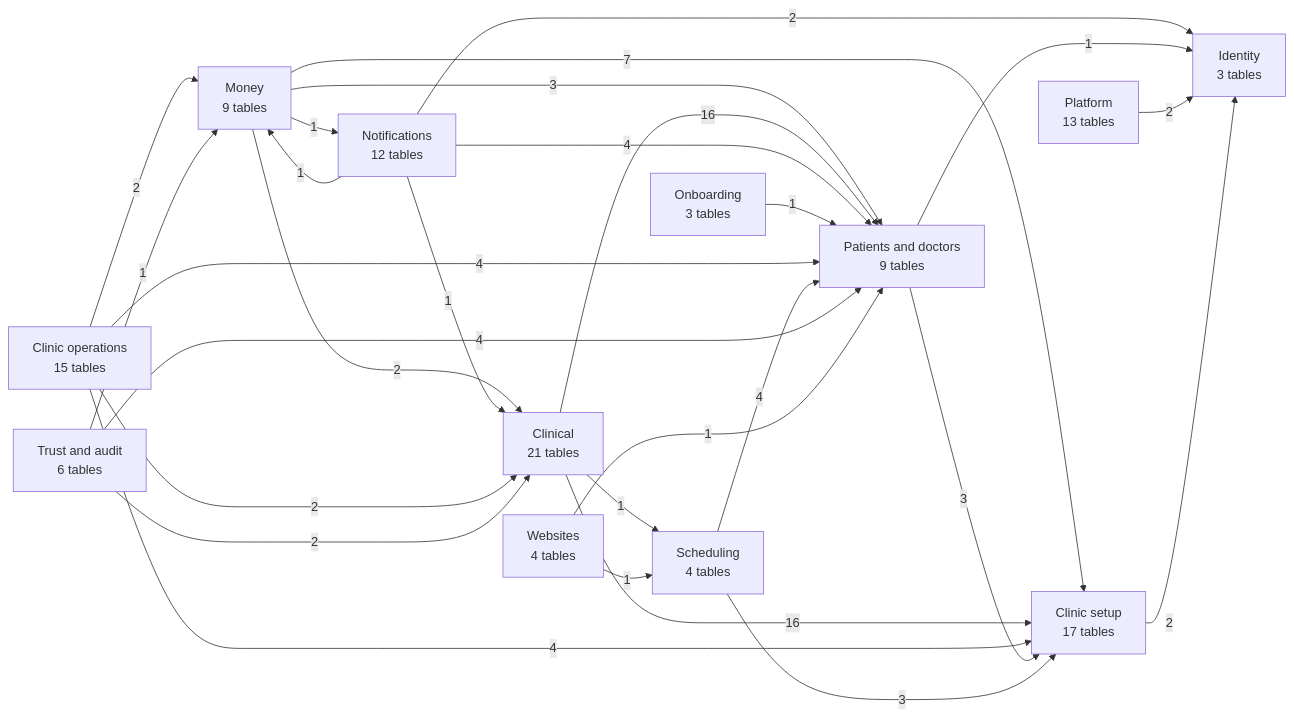
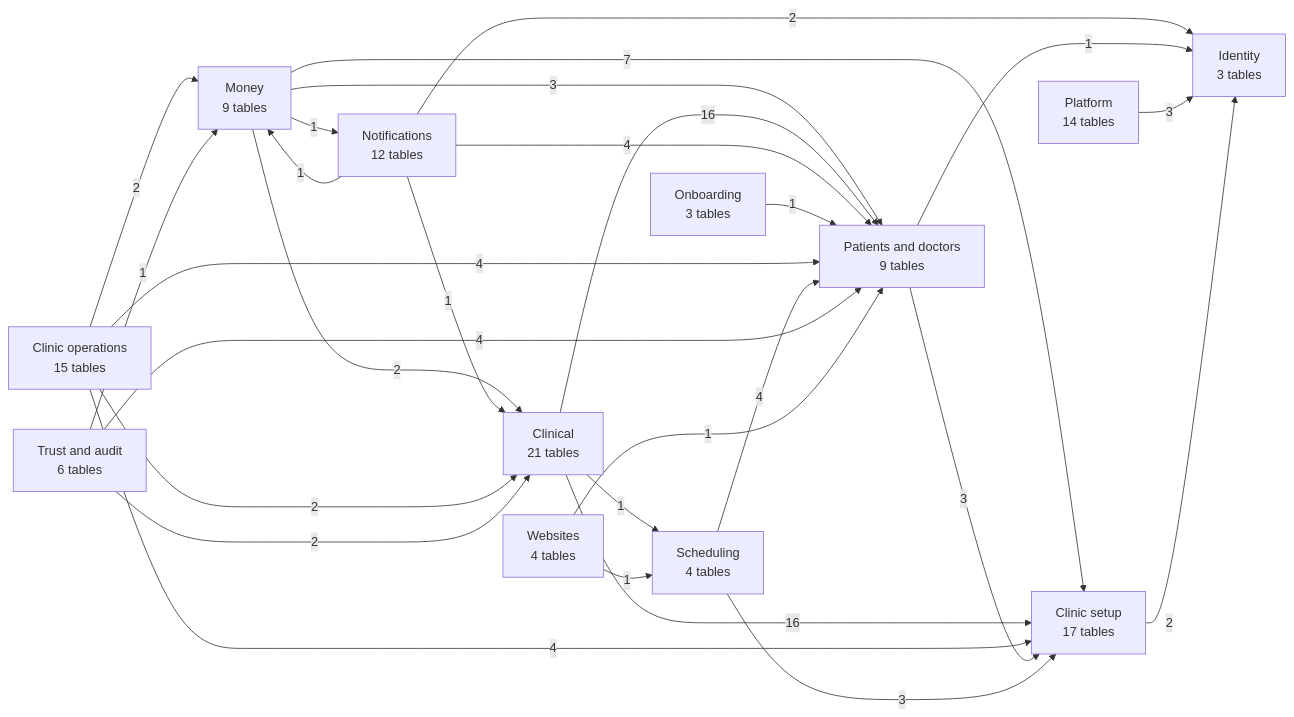
The first of 13 diagrams in docs/database.md (sakalyatechnologies/aarogyam), drawn with Mermaid before and after one commit. The commit also changed other lines of this file and 3 other files, not shown here.

````diff
--- a/docs/database.md
+++ b/docs/database.md
@@ -27,42 +27,42 @@
 ```mermaid
 flowchart LR
-  platform["Platform<br/>13 tables"]
+  platform["Platform<br/>14 tables"]
   iam["Identity<br/>3 tables"]
   tenancy["Clinic setup<br/>17 tables"]
   people["Patients and doctors<br/>9 tables"]
   scheduling["Scheduling<br/>4 tables"]
   clinical["Clinical<br/>21 tables"]
   ops["Clinic operations<br/>15 tables"]
   billing["Money<br/>9 tables"]
   notify["Notifications<br/>12 tables"]
   web["Websites<br/>4 tables"]
   trust["Trust and audit<br/>6 tables"]
   onboarding["Onboarding<br/>3 tables"]
   billing -->|2| clinical
   billing -->|1| notify
   billing -->|3| people
   billing -->|7| tenancy
   clinical -->|16| people
   clinical -->|1| scheduling
   clinical -->|16| tenancy
   notify -->|1| billing
   notify -->|1| clinical
   notify -->|2| iam
   notify -->|4| people
   onboarding -->|1| people
   ops -->|2| billing
   ops -->|2| clinical
   ops -->|4| people
   ops -->|4| tenancy
   people -->|1| iam
   people -->|3| tenancy
-  platform -->|2| iam
+  platform -->|3| iam
   scheduling -->|4| people
   scheduling -->|3| tenancy
   tenancy -->|2| iam
   trust -->|1| billing
   trust -->|2| clinical
   trust -->|4| people
   web -->|1| people
   web -->|1| scheduling
 ```
````
